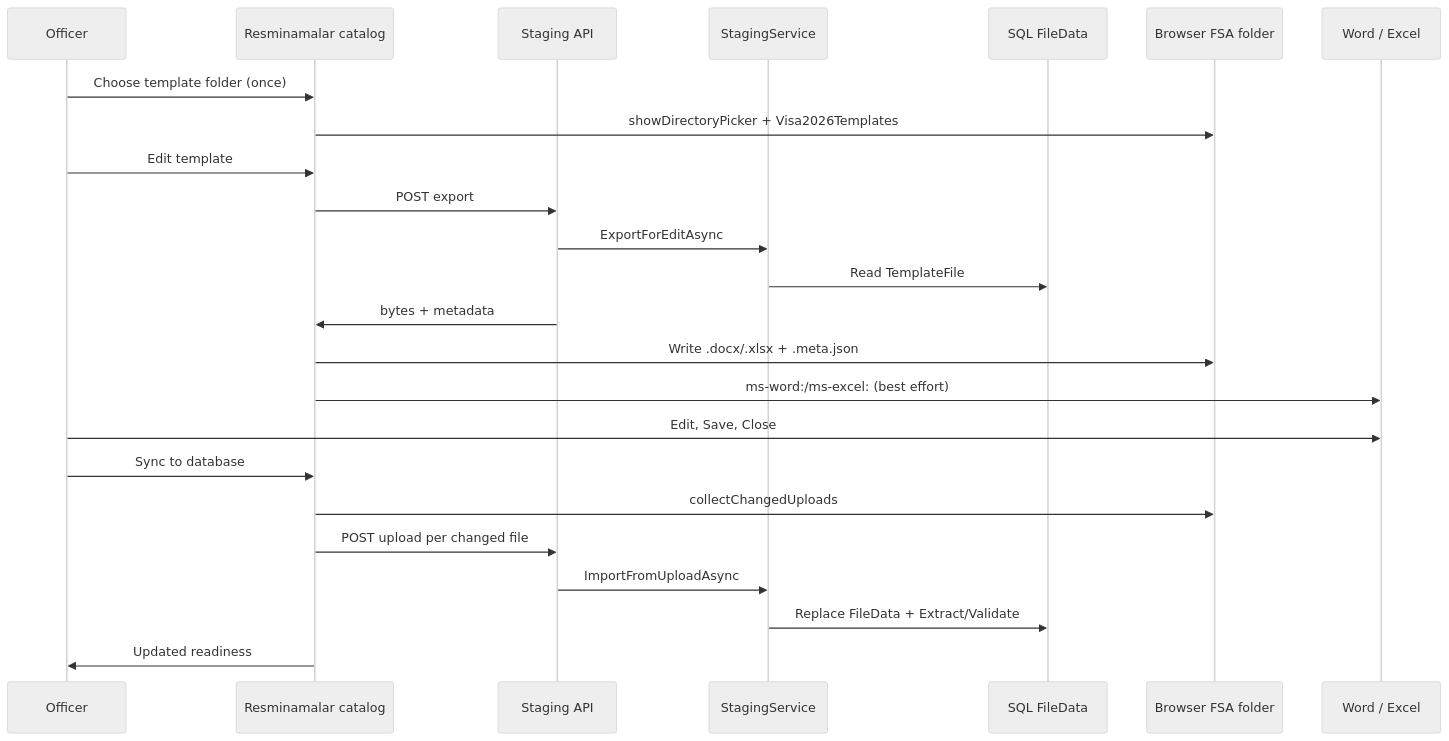
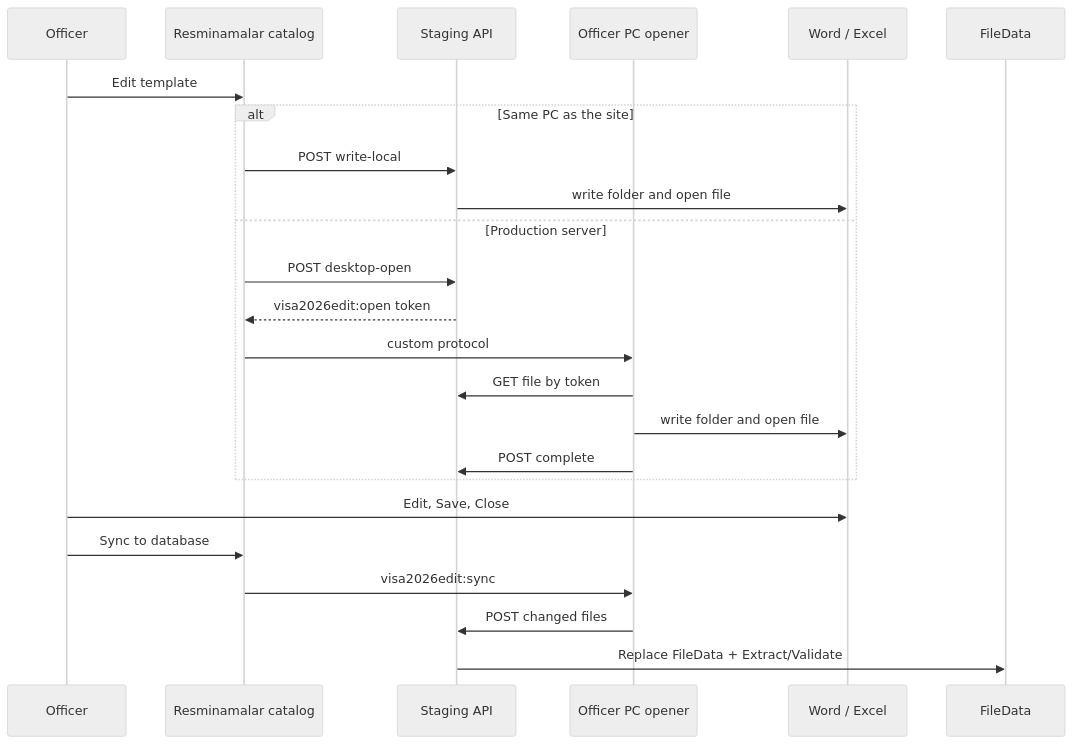
One commit to webapis/Visa2026 changed the first of 2 diagrams in docs/TEMPLATE_STAGING_EDIT.md. Above: the diagram before and after it, drawn with Mermaid (neutral theme). The commit also changed other lines of this file and 32 other files, not shown here.

First line of the commit message:
Let officers edit templates on this PC and publish them from Word and Excel.

````diff
--- a/docs/TEMPLATE_STAGING_EDIT.md
+++ b/docs/TEMPLATE_STAGING_EDIT.md
@@ -20,27 +22,27 @@
 ```mermaid
 sequenceDiagram
     participant Officer
     participant Catalog as Resminamalar catalog
     participant API as Staging API
-    participant Module as StagingService
-    participant DB as SQL FileData
-    participant FSA as Browser FSA folder
+    participant Opener as Officer PC opener
     participant Office as Word / Excel
+    participant DB as FileData
 
-    Officer->>Catalog: Choose template folder (once)
-    Catalog->>FSA: showDirectoryPicker + Visa2026Templates
     Officer->>Catalog: Edit template
-    Catalog->>API: POST export
-    API->>Module: ExportForEditAsync
-    Module->>DB: Read TemplateFile
-    API->>Catalog: bytes + metadata
-    Catalog->>FSA: Write .docx/.xlsx + .meta.json
-    Catalog->>Office: ms-word:/ms-excel: (best effort)
+    alt Same PC as the site
+        Catalog->>API: POST write-local
+        API->>Office: write folder and open file
+    else Production server
+        Catalog->>API: POST desktop-open
+        API-->>Catalog: visa2026edit:open token
+        Catalog->>Opener: custom protocol
+        Opener->>API: GET file by token
+        Opener->>Office: write folder and open file
+        Opener->>API: POST complete
+    end
     Officer->>Office: Edit, Save, Close
     Officer->>Catalog: Sync to database
-    Catalog->>FSA: collectChangedUploads
-    Catalog->>API: POST upload per changed file
-    API->>Module: ImportFromUploadAsync
-    Module->>DB: Replace FileData + Extract/Validate
-    Catalog->>Officer: Updated readiness
+    Catalog->>Opener: visa2026edit:sync
+    Opener->>API: POST changed files
+    API->>DB: Replace FileData + Extract/Validate
 ```
````
